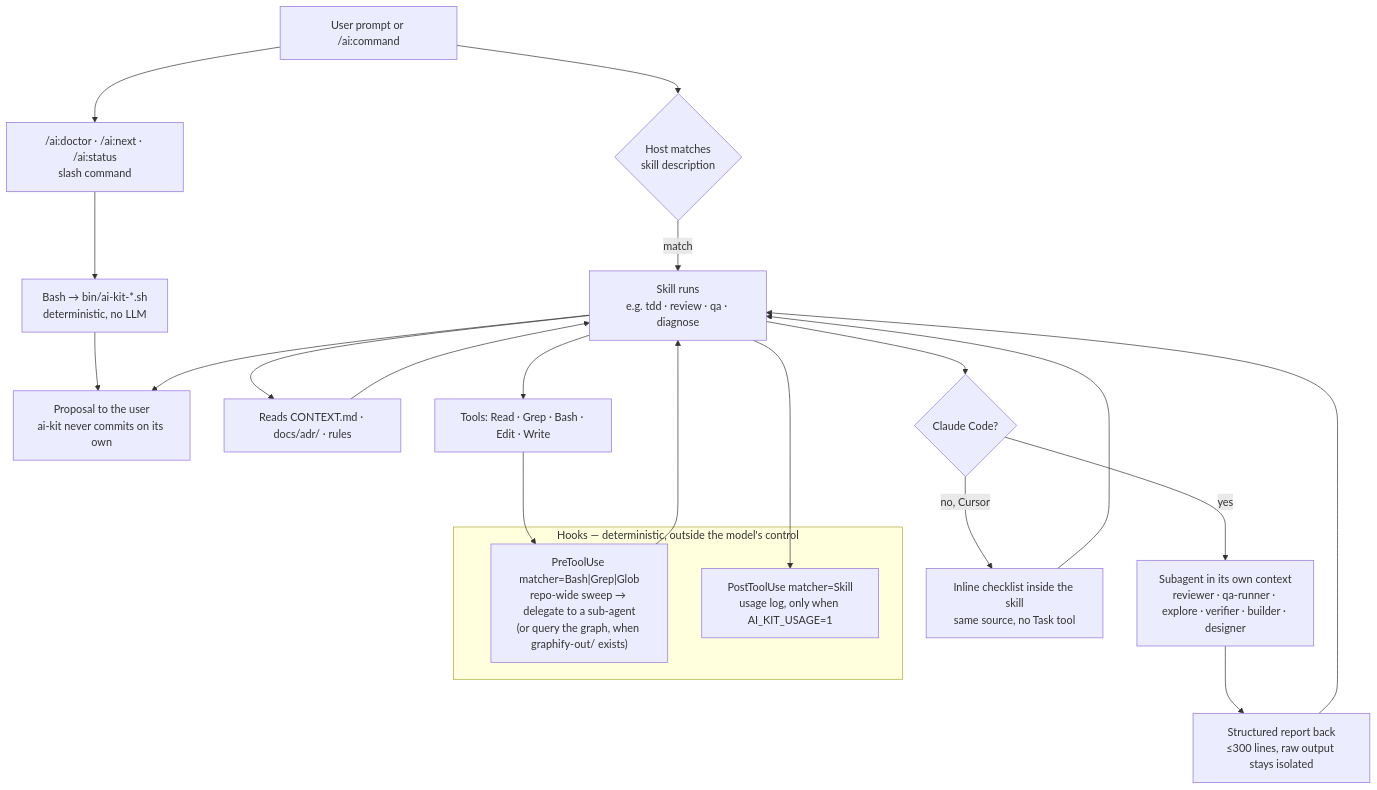
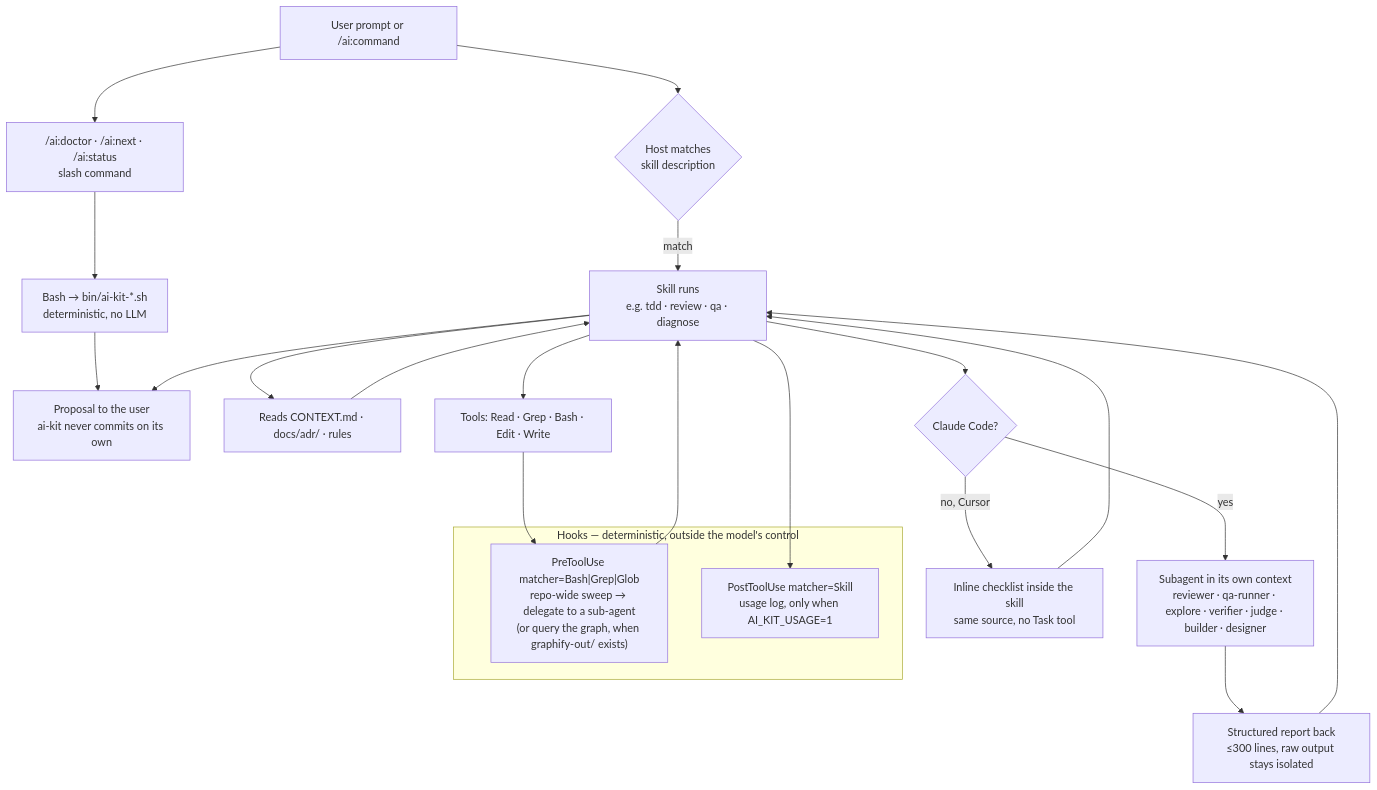
Before and after one commit to yusufkaracaburun/ai-kit: the second of 2 diagrams in docs/diagrams.md, drawn with Mermaid. The commit also changed other lines of this file and 10 other files, not shown here.

First line of the commit message:
feat(agents): add judge subagent for reproducible design scores

````diff
--- a/docs/diagrams.md
+++ b/docs/diagrams.md
@@ -60,35 +60,35 @@
 ```mermaid
 flowchart TD
   U["User prompt or /ai:command"]
 
   U --> SEL{"Host matches<br/>skill description"}
   U --> CMD["/ai:doctor · /ai:next · /ai:status<br/>slash command"]
 
   SEL -->|match| SK["Skill runs<br/>e.g. tdd · review · qa · diagnose"]
   CMD --> BIN["Bash → bin/ai-kit-*.sh<br/>deterministic, no LLM"]
   BIN --> OUT
 
   SK --> CTX["Reads CONTEXT.md · docs/adr/ · rules"]
   CTX --> SK
 
   SK --> TOOL["Tools: Read · Grep · Bash · Edit · Write"]
   SK --> DEL{"Claude Code?"}
 
-  DEL -->|yes| SUB["Subagent in its own context<br/>reviewer · qa-runner · explore · verifier · builder · designer"]
+  DEL -->|yes| SUB["Subagent in its own context<br/>reviewer · qa-runner · explore · verifier · judge · builder · designer"]
   DEL -->|no, Cursor| INL["Inline checklist inside the skill<br/>same source, no Task tool"]
 
   SUB --> REP["Structured report back<br/>≤300 lines, raw output stays isolated"]
   REP --> SK
   INL --> SK
 
   TOOL --> HK1
   SK --> HK2
 
   subgraph HOOKS["Hooks — deterministic, outside the model's control"]
     HK1["PreToolUse matcher=Bash|Grep|Glob<br/>repo-wide sweep → delegate to a sub-agent<br/>(or query the graph, when graphify-out/ exists)"]
     HK2["PostToolUse matcher=Skill<br/>usage log, only when AI_KIT_USAGE=1"]
   end
 
   HK1 --> SK
   SK --> OUT["Proposal to the user<br/>ai-kit never commits on its own"]
 ```
````
